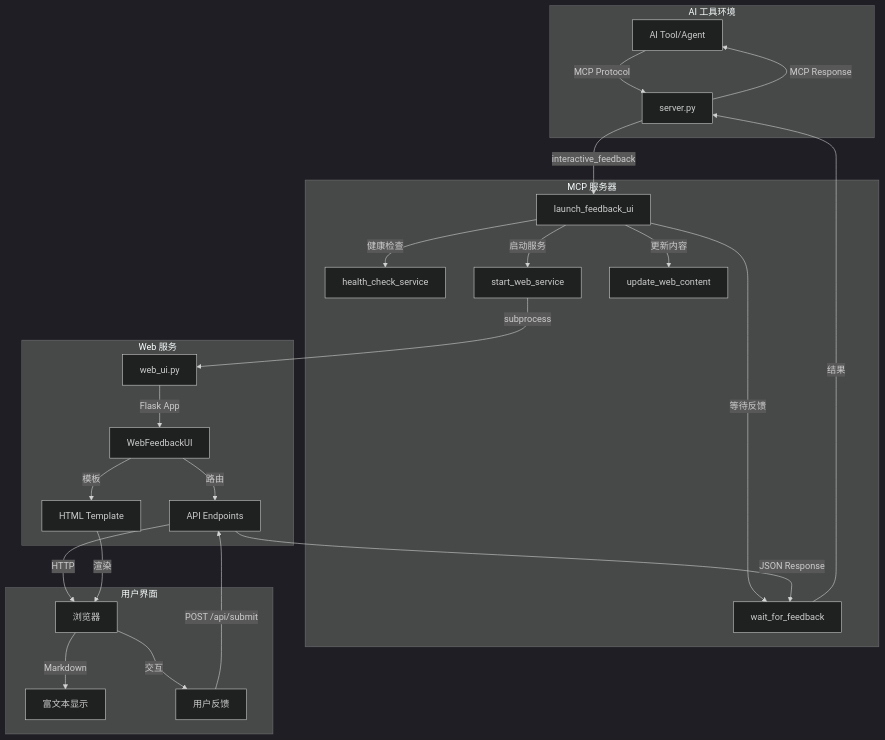
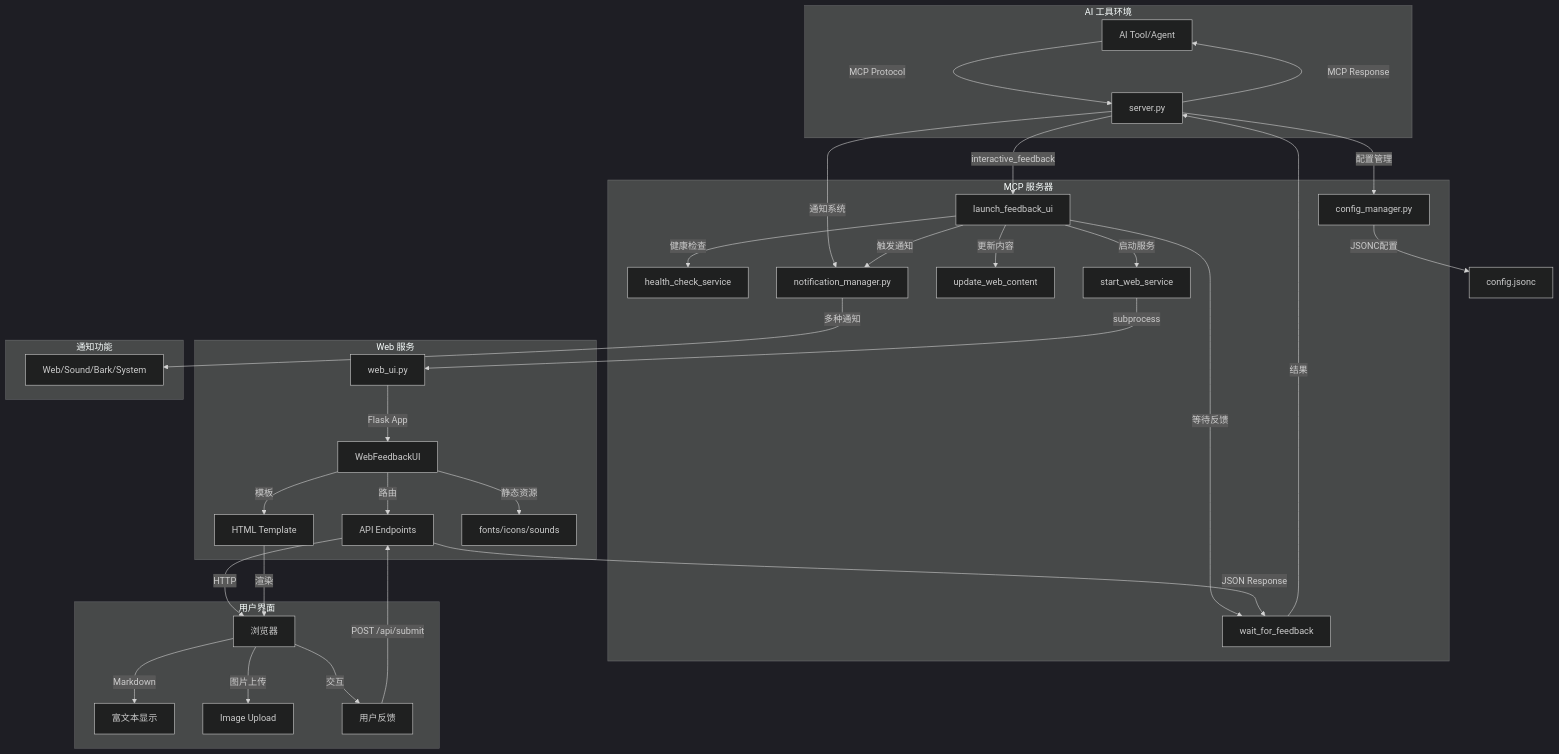
The diagram in README.md (XIADENGMA/ai-intervention-agent), drawn with Mermaid (dark theme) before and after one commit. The commit also changed other lines of this file and 2 other files, not shown here.

````diff
--- a/README.md
+++ b/README.md
@@ -150,34 +172,46 @@
 ```mermaid
 graph TB
     subgraph "AI 工具环境"
         A[AI Tool/Agent]
         A -->|MCP Protocol| B[server.py]
     end
 
     subgraph "MCP 服务器"
         B -->|interactive_feedback| C[launch_feedback_ui]
         C -->|健康检查| D[health_check_service]
         C -->|启动服务| E[start_web_service]
         C -->|更新内容| F[update_web_content]
         C -->|等待反馈| G[wait_for_feedback]
+
+        B -->|配置管理| CM[config_manager.py]
+        B -->|通知系统| NM[notification_manager.py]
     end
 
     subgraph "Web 服务"
         E -->|subprocess| H[web_ui.py]
         H -->|Flask App| I[WebFeedbackUI]
         I -->|路由| J[API Endpoints]
         I -->|模板| K[HTML Template]
+        I -->|静态资源| SR[fonts/icons/sounds]
     end
 
     subgraph "用户界面"
         J -->|HTTP| L[浏览器]
         K -->|渲染| L
         L -->|Markdown| M[富文本显示]
+        L -->|图片上传| IMG[Image Upload]
         L -->|交互| N[用户反馈]
+    end
+
+    subgraph "通知功能"
+        NM -->|多种通知| NT[Web/Sound/Bark/System]
     end
 
     N -->|POST /api/submit| J
     J -->|JSON Response| G
     G -->|结果| B
     B -->|MCP Response| A
+
+    C -->|触发通知| NM
+    CM -->|JSONC配置| CF[config.jsonc]
 ```
````
